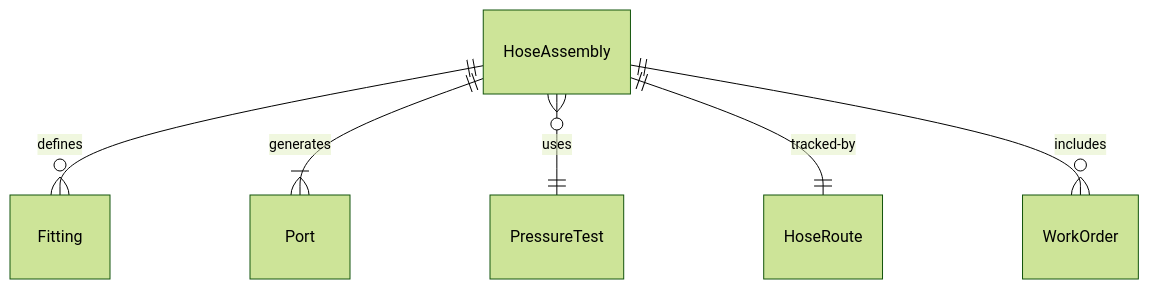
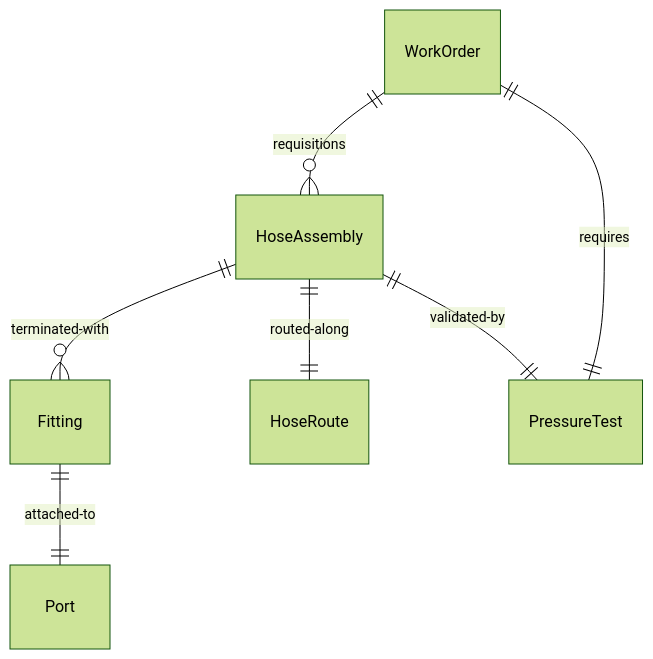
The first of 4 diagrams in HandlingAndMovingObjects/ConnectComponentsOrSupplyLinesToEquipmentOrTools/ConnectHosesEquipmentMachinery.mdx (dot-org-ai/tasks.org.ai), drawn with Mermaid (forest theme) before and after one commit. The commit also changed other lines of this file and 515 other files, not shown here.

````diff
--- a/HandlingAndMovingObjects/ConnectComponentsOrSupplyLinesToEquipmentOrTools/ConnectHosesEquipmentMachinery.mdx
+++ b/HandlingAndMovingObjects/ConnectComponentsOrSupplyLinesToEquipmentOrTools/ConnectHosesEquipmentMachinery.mdx
@@ -85,8 +85,9 @@
 ```mermaid
 erDiagram
-    HoseAssembly ||--o{ Fitting : "defines"
-    HoseAssembly ||--|{ Port : "generates"
-    HoseAssembly }o--|| PressureTest : "uses"
-    HoseAssembly ||--|| HoseRoute : "tracked-by"
-    HoseAssembly ||--o{ WorkOrder : "includes"
+    WorkOrder ||--o{ HoseAssembly : "requisitions"
+    HoseAssembly ||--o{ Fitting : "terminated-with"
+    Fitting ||--|| Port : "attached-to"
+    HoseAssembly ||--|| HoseRoute : "routed-along"
+    HoseAssembly ||--|| PressureTest : "validated-by"
+    WorkOrder ||--|| PressureTest : "requires"
 ```
````
